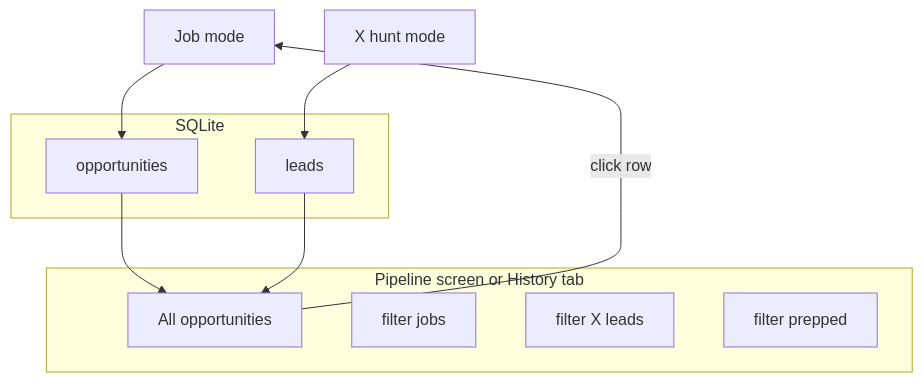
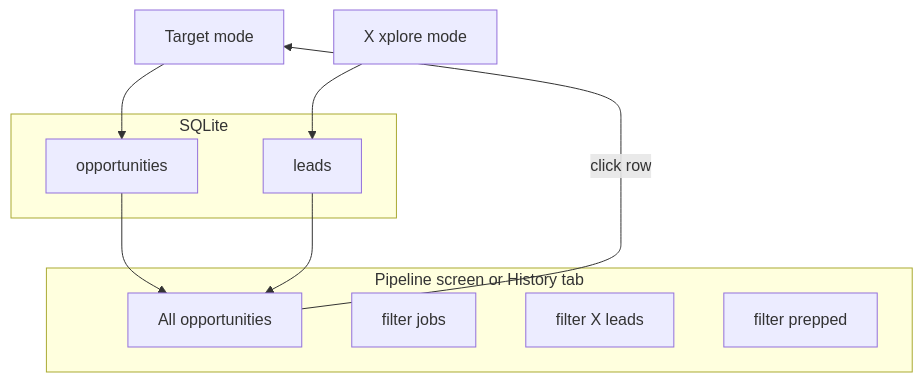
The sixth of 6 diagrams in reports/ux-review-v0.1-dogfood.md (p10ns11y/collab-finder), drawn with Mermaid before and after one commit. The commit also changed other lines of this file and 31 other files, not shown here.

First line of the commit message:
chore: deepest clean of legacy terminology (Job/JobTarget -> Opportunity/Target, Hunt -> Xplore)

````diff
--- a/reports/ux-review-v0.1-dogfood.md
+++ b/reports/ux-review-v0.1-dogfood.md
@@ -381,23 +381,23 @@
 ```mermaid
 flowchart TB
-  J[Job mode]
-  Xmode[X hunt mode]
+  J[Target mode]
+  Xmode[X xplore mode]
 
   subgraph Store["SQLite"]
     OP[opportunities]
     LD[leads]
   end
 
   subgraph Pipeline["Pipeline screen or History tab"]
     ALL[All opportunities]
     F1["filter jobs"]
     F2["filter X leads"]
     F3["filter prepped"]
   end
 
   J --> OP
   Xmode --> LD
   OP --> ALL
   LD --> ALL
   ALL -->|click row| J
 ```
````
